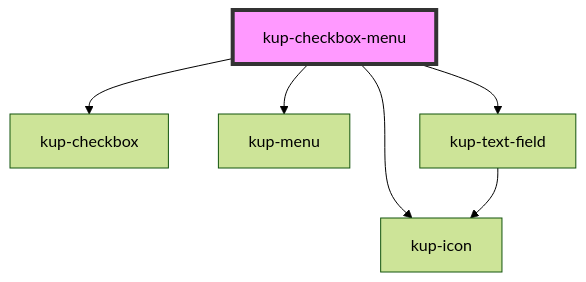
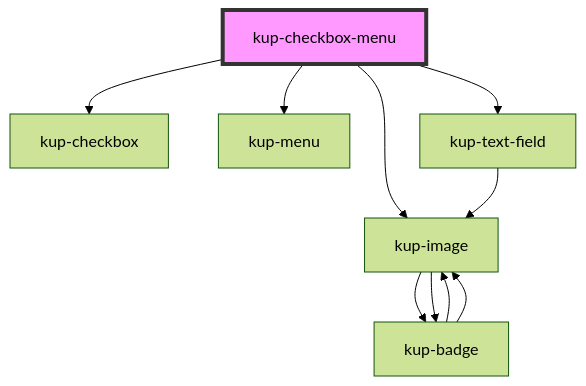
One commit to smeup/ketchup changed the diagram in packages/ketchup/src/components/kup-checkbox-menu/readme.md. Above: the diagram before and after it, drawn with Mermaid (forest theme). The commit also changed other lines of this file and 58 other files, not shown here.

Commit message:
Renamed kup-icon to kup-image.

````diff
--- a/packages/ketchup/src/components/kup-checkbox-menu/readme.md
+++ b/packages/ketchup/src/components/kup-checkbox-menu/readme.md
@@ -38,9 +38,13 @@
 ```mermaid
 graph TD;
   kup-checkbox-menu --> kup-checkbox
-  kup-checkbox-menu --> kup-icon
+  kup-checkbox-menu --> kup-image
   kup-checkbox-menu --> kup-menu
   kup-checkbox-menu --> kup-text-field
-  kup-text-field --> kup-icon
+  kup-image --> kup-badge
+  kup-image --> kup-badge
+  kup-badge --> kup-image
+  kup-badge --> kup-image
+  kup-text-field --> kup-image
   style kup-checkbox-menu fill:#f9f,stroke:#333,stroke-width:4px
 ```
````
